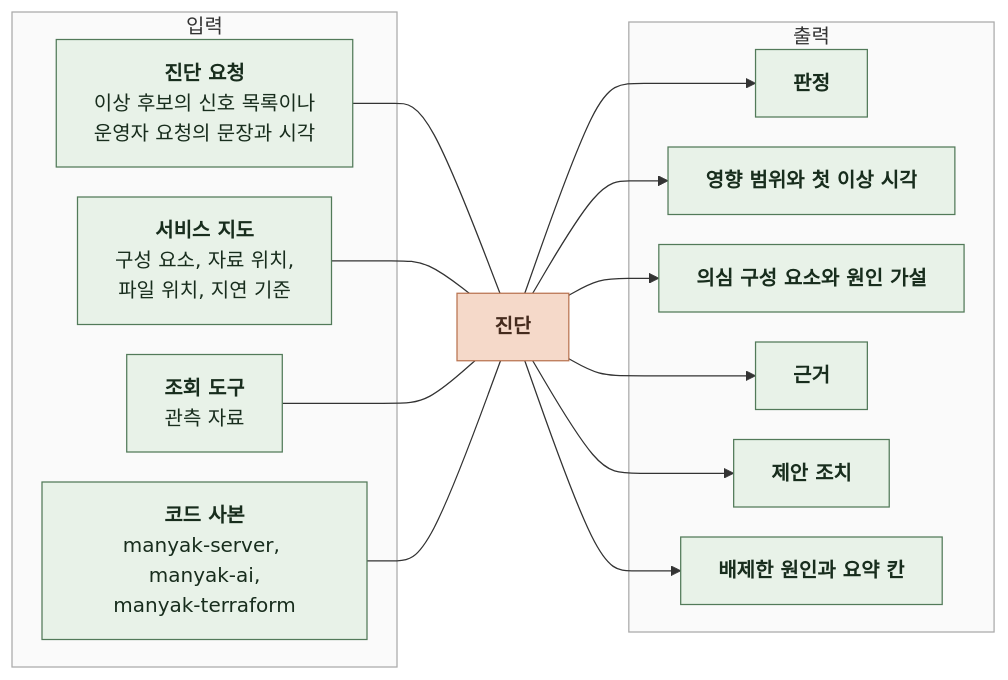
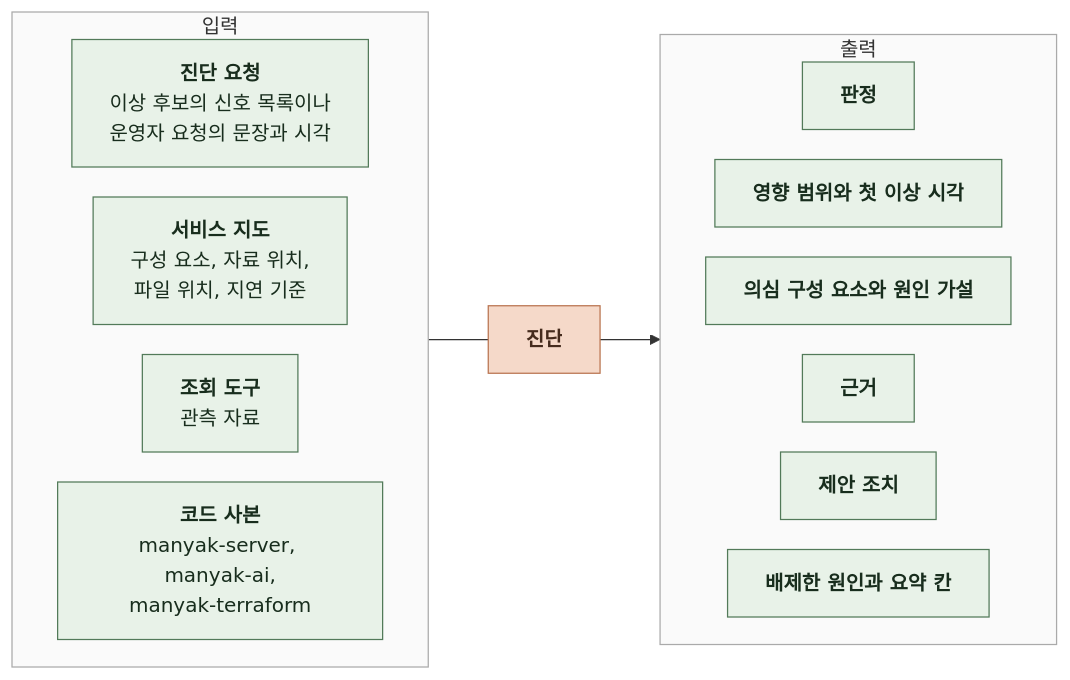
The second of 3 diagrams in docs/domain/OBSERVABILITY/AI/3-TASK-DEFINITION.md (KIM-N-KANG/knk-harness), drawn with Mermaid before and after one commit. The commit also changed 4 other files, not shown here.

````diff
--- a/docs/domain/OBSERVABILITY/AI/3-TASK-DEFINITION.md
+++ b/docs/domain/OBSERVABILITY/AI/3-TASK-DEFINITION.md
@@ -103,42 +103,36 @@
 ```mermaid
 %%{init: {"flowchart": {"curve": "basis", "nodeSpacing": 24, "rankSpacing": 48}}}%%
 flowchart LR
     subgraph IN["입력"]
+        direction LR
         C["`**진단 요청**
 이상 후보의 신호 목록이나
 운영자 요청의 문장과 시각`"]
         S["`**서비스 지도**
 구성 요소, 자료 위치,
 파일 위치, 지연 기준`"]
         T["`**조회 도구**
 관측 자료`"]
         K["`**코드 사본**
 manyak-server, manyak-ai,
 manyak-terraform`"]
     end
     A["`**진단**`"]
     subgraph OUT["출력"]
+        direction LR
         V["`**판정**`"]
         I["`**영향 범위와 첫 이상 시각**`"]
         P["`**의심 구성 요소와 원인 가설**`"]
         E["`**근거**`"]
         X["`**제안 조치**`"]
         H["`**배제한 원인과 요약 칸**`"]
     end
-    C --- A
-    S --- A
-    T --- A
-    K --- A
-    A --> V
-    A --> I
-    A --> P
-    A --> E
-    A --> X
-    A --> H
+    IN --- A
+    A --> OUT
     classDef data fill:#E8F2E8,stroke:#527A59,color:#182D1D
     classDef model fill:#F5D9C9,stroke:#B97450,color:#452B1D
     class C,S,T,K,V,I,P,E,X,H data
     class A model
     style IN fill:#FAFAFA,stroke:#AAAAAA
     style OUT fill:#FAFAFA,stroke:#AAAAAA
 ```
````
